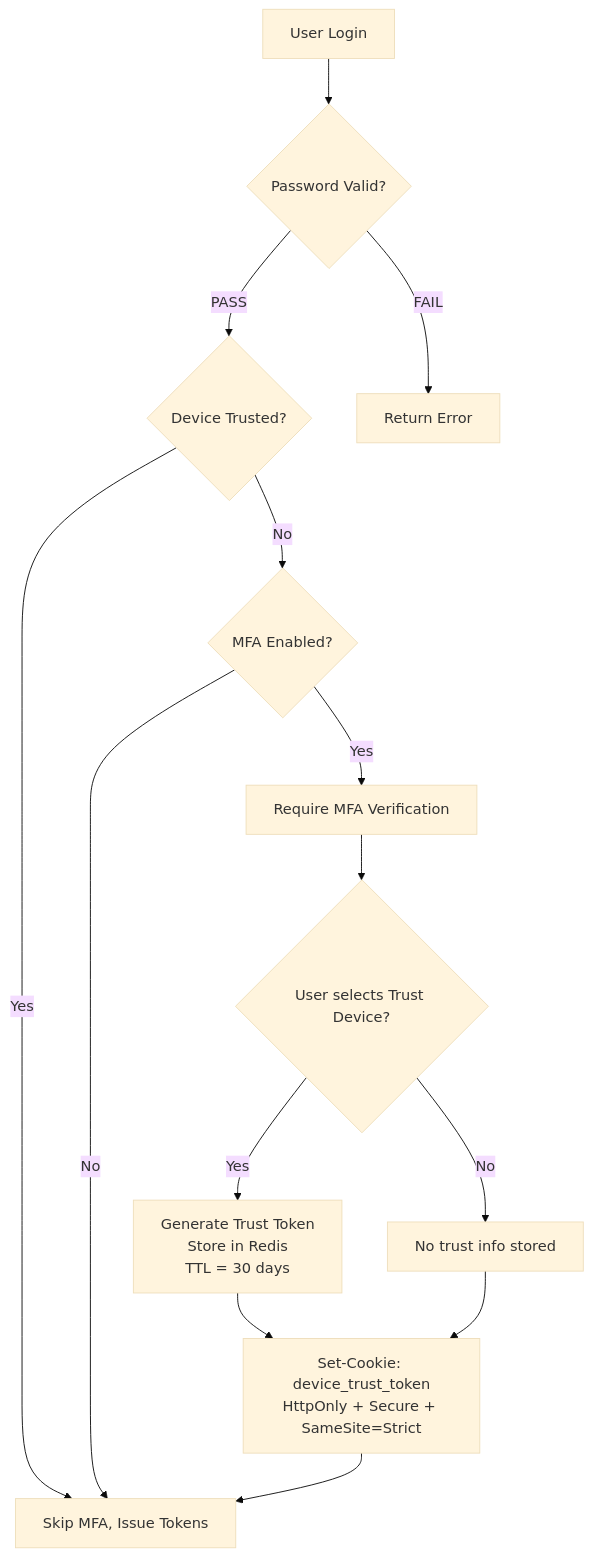
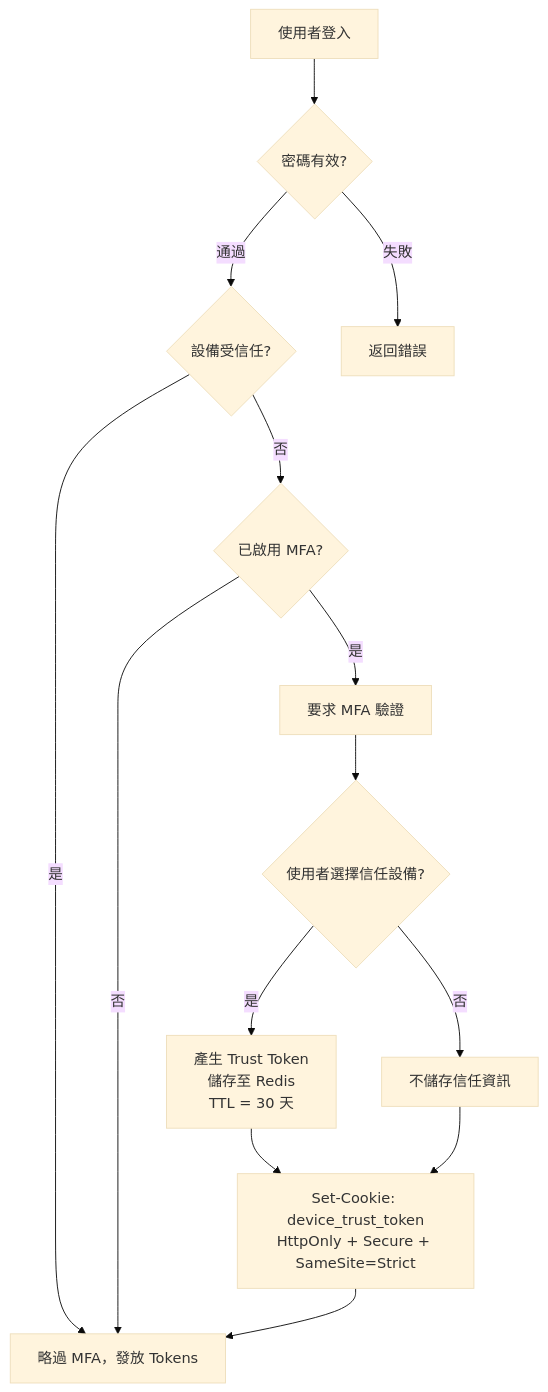
One commit to ron03wlb/smart-admin changed the third of 4 diagrams in docs/iGaming/architecture/06_Platform_Core/MFA_Recovery_Implementation.md. Above: the diagram before and after it, drawn with Mermaid (base theme). The commit also changed other lines of this file and 4 other files, not shown here.

````diff
--- a/docs/iGaming/architecture/06_Platform_Core/MFA_Recovery_Implementation.md
+++ b/docs/iGaming/architecture/06_Platform_Core/MFA_Recovery_Implementation.md
@@ -230,20 +230,20 @@
 ```mermaid
 graph TD
-    A[User Login] --> B{Password Valid?}
-    B -->|PASS| C{Device Trusted?}
-    B -->|FAIL| Z[Return Error]
+    A[使用者登入] --> B{密碼有效?}
+    B -->|通過| C{設備受信任?}
+    B -->|失敗| Z[返回錯誤]
 
-    C -->|Yes| D[Skip MFA, Issue Tokens]
-    C -->|No| E{MFA Enabled?}
+    C -->|是| D[略過 MFA，發放 Tokens]
+    C -->|否| E{已啟用 MFA?}
 
-    E -->|Yes| F[Require MFA Verification]
-    E -->|No| D
+    E -->|是| F[要求 MFA 驗證]
+    E -->|否| D
 
-    F --> G{User selects Trust Device?}
-    G -->|Yes| H[Generate Trust Token<br/>Store in Redis<br/>TTL = 30 days]
-    G -->|No| I[No trust info stored]
+    F --> G{使用者選擇信任設備?}
+    G -->|是| H[產生 Trust Token<br/>儲存至 Redis<br/>TTL = 30 天]
+    G -->|否| I[不儲存信任資訊]
 
     H --> J[Set-Cookie: device_trust_token<br/>HttpOnly + Secure + SameSite=Strict]
     I --> J
     J --> D
 ```
````
